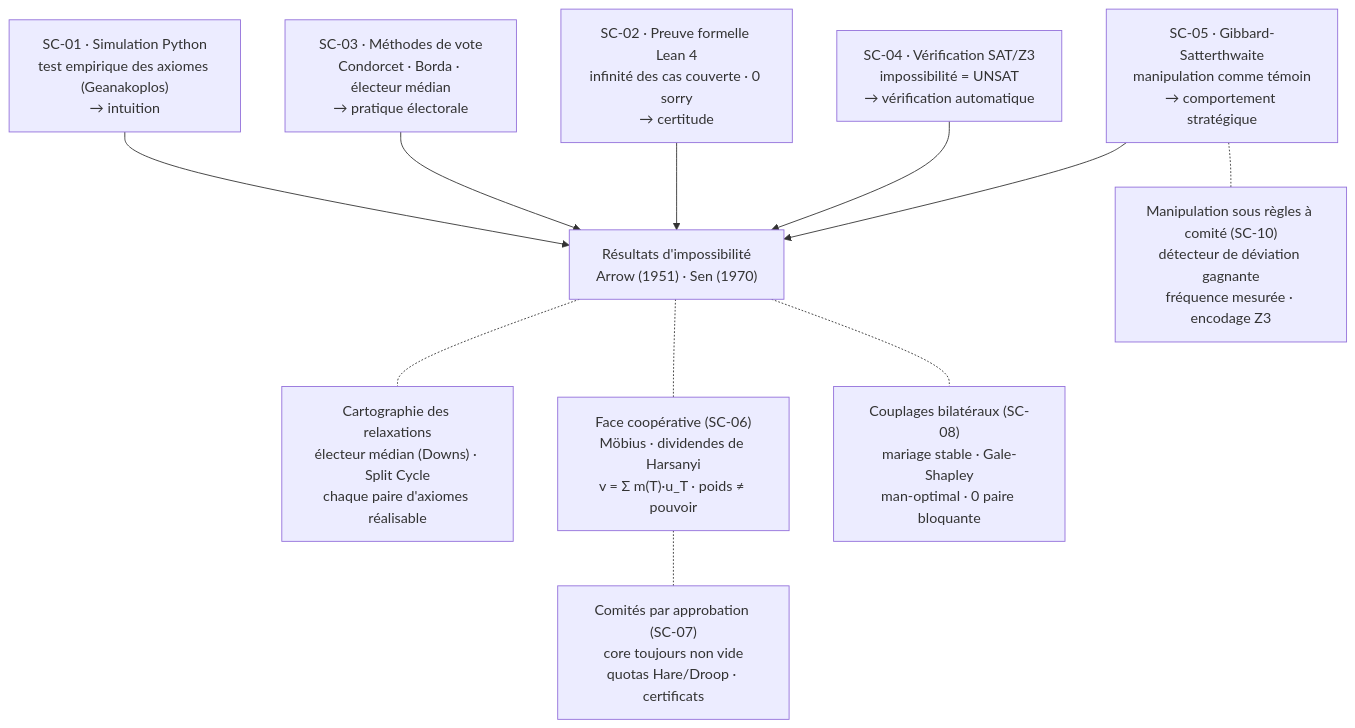
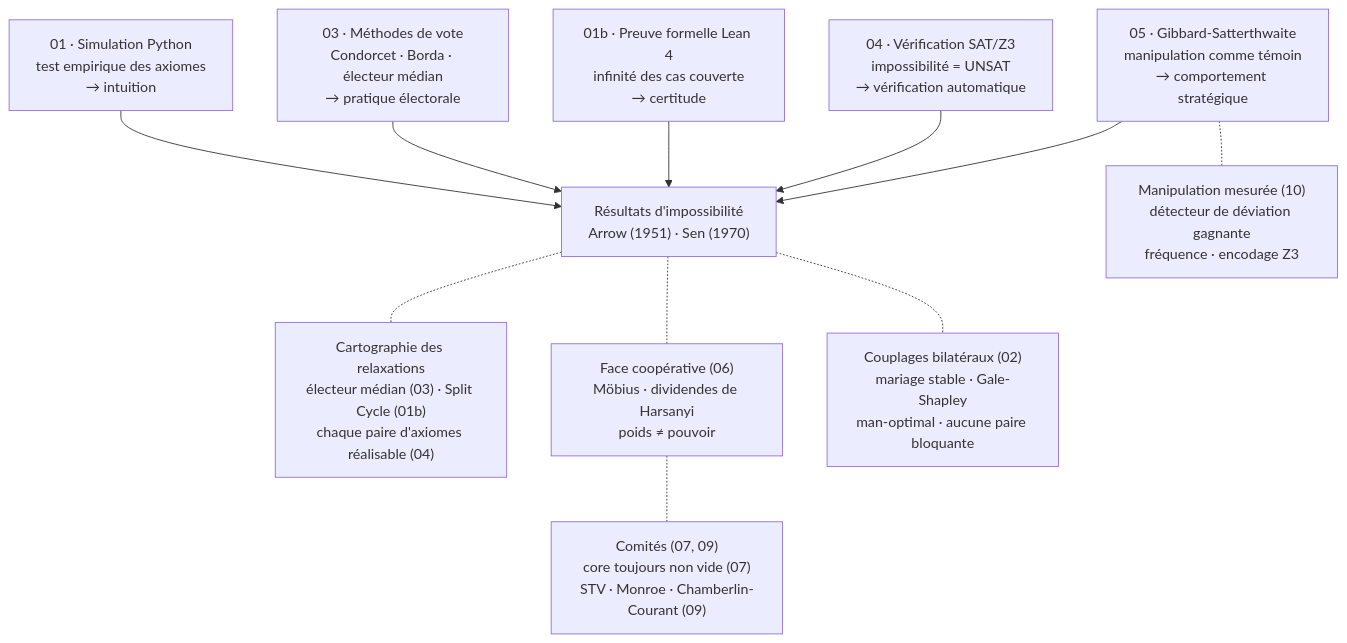
The diagram in MyIA.AI.Notebooks/GameTheory/SocialChoice/README.md (jsboige/CoursIA), drawn with Mermaid before and after one commit. The commit also changed other lines of this file, not shown here.

````diff
--- a/MyIA.AI.Notebooks/GameTheory/SocialChoice/README.md
+++ b/MyIA.AI.Notebooks/GameTheory/SocialChoice/README.md
@@ -54,21 +57,21 @@
 ```mermaid
 flowchart TD
     Result["Résultats d'impossibilité<br/>Arrow (1951) · Sen (1970)"]
 
-    E1["SC-01 · Simulation Python<br/>test empirique des axiomes (Geanakoplos)<br/>→ intuition"]
-    E2["SC-03 · Méthodes de vote<br/>Condorcet · Borda · électeur médian<br/>→ pratique électorale"]
-    E3["SC-02 · Preuve formelle Lean 4<br/>infinité des cas couverte · 0 sorry<br/>→ certitude"]
-    E4["SC-04 · Vérification SAT/Z3<br/>impossibilité = UNSAT<br/>→ vérification automatique"]
-    E5["SC-05 · Gibbard-Satterthwaite<br/>manipulation comme témoin<br/>→ comportement stratégique"]
+    E1["01 · Simulation Python<br/>test empirique des axiomes<br/>→ intuition"]
+    E2["03 · Méthodes de vote<br/>Condorcet · Borda · électeur médian<br/>→ pratique électorale"]
+    E3["01b · Preuve formelle Lean 4<br/>infinité des cas couverte<br/>→ certitude"]
+    E4["04 · Vérification SAT/Z3<br/>impossibilité = UNSAT<br/>→ vérification automatique"]
+    E5["05 · Gibbard-Satterthwaite<br/>manipulation comme témoin<br/>→ comportement stratégique"]
 
     E1 --> Result
     E2 --> Result
     E3 --> Result
     E4 --> Result
     E5 --> Result
-    Result -.- Relax["Cartographie des relaxations<br/>électeur médian (Downs) · Split Cycle<br/>chaque paire d'axiomes réalisable"]
-    Result -.- Coop["Face coopérative (SC-06)<br/>Möbius · dividendes de Harsanyi<br/>v = Σ m(T)·u_T · poids ≠ pouvoir"]
-    Coop -.- Comm["Comités par approbation (SC-07)<br/>core toujours non vide<br/>quotas Hare/Droop · certificats"]
-    Result -.- Match["Couplages bilatéraux (SC-08)<br/>mariage stable · Gale-Shapley<br/>man-optimal · 0 paire bloquante"]
-    E5 -.- Manip["Manipulation sous règles à comité (SC-10)<br/>détecteur de déviation gagnante<br/>fréquence mesurée · encodage Z3"]
+    Result -.- Relax["Cartographie des relaxations<br/>électeur médian (03) · Split Cycle (01b)<br/>chaque paire d'axiomes réalisable (04)"]
+    Result -.- Coop["Face coopérative (06)<br/>Möbius · dividendes de Harsanyi<br/>poids ≠ pouvoir"]
+    Coop -.- Comm["Comités (07, 09)<br/>core toujours non vide (07)<br/>STV · Monroe · Chamberlin-Courant (09)"]
+    Result -.- Match["Couplages bilatéraux (02)<br/>mariage stable · Gale-Shapley<br/>man-optimal · aucune paire bloquante"]
+    E5 -.- Manip["Manipulation mesurée (10)<br/>détecteur de déviation gagnante<br/>fréquence · encodage Z3"]
 ```
````
